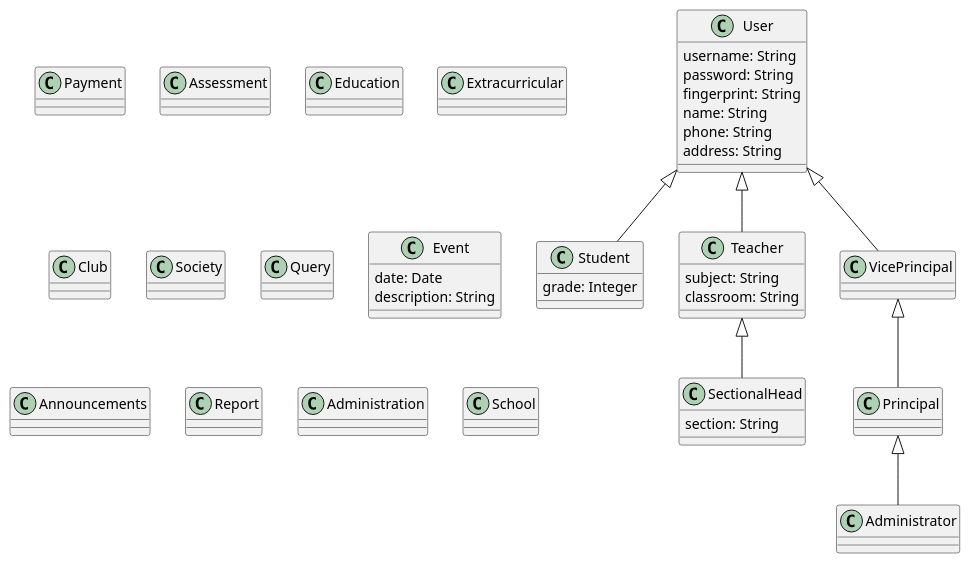
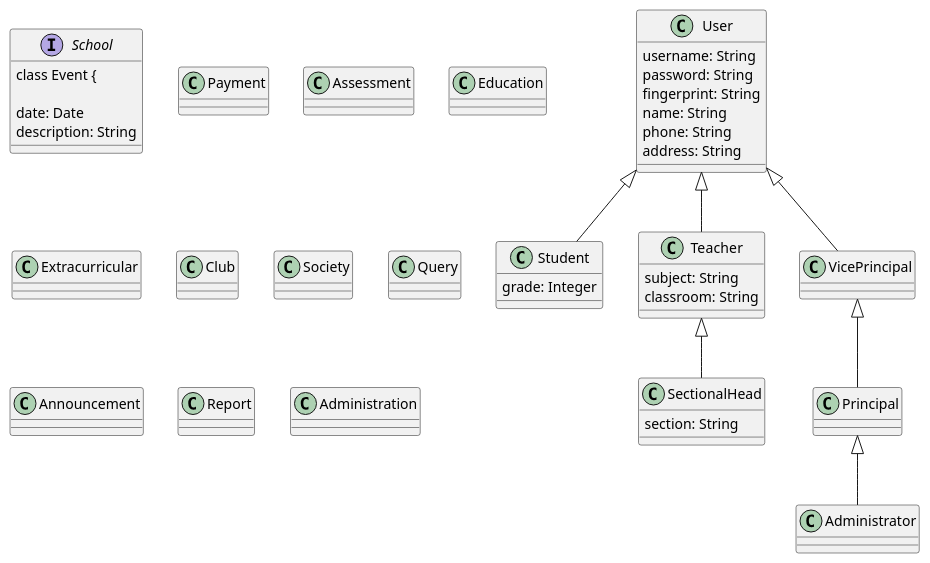
One commit to AdithyaSean/School-Management-System changed the diagram in School Management System Class Diagram.puml. Above: the diagram before and after it, drawn with PlantUML. The commit also changed 1 other file, not shown here.

```diff
--- a/School Management System Class Diagram.puml
+++ b/School Management System Class Diagram.puml
@@ -1,83 +1,84 @@
 @startuml School Management System
+
+User <|-- Student
+User <|-- Teacher
+User <|-- VicePrincipal
+Teacher <|-- SectionalHead
+VicePrincipal <|-- Principal
+Principal <|-- Administrator
 
 class User {
 
   username: String
   password: String
   fingerprint: String
   name: String
   phone: String
   address: String
 }
 
 class Student {
 
   grade: Integer
 }
 
 class Teacher {
 
   subject: String
   classroom: String
 }
 
 class SectionalHead {
   section: String
 }
 
 class VicePrincipal {
 }
 
 class Principal {
 }
 
 class Administrator {
 }
 
-class Payment {
+
+
+interface School {
+  class Event {
+
+    date: Date
+    description: String
+  }
+
+  class Payment {
+  }
+
+  class Assessment {
+  }
+
+  class Education {
+  }
+
+  class Extracurricular {
+  }
+
+  class Club {
+  }
+
+  class Society {
+  }
+
+  class Query {
+  }
+
+  class Announcement {
+  }
+
+  class Report {
+  }
+
+  class Administration {
+  }
 }
 
-class Assessment {
-}
-
-class Education {
-}
-
-class Extracurricular {
-}
-
-class Club {
-}
-
-class Society {
-}
-
-class Query {
-}
-
-class Event {
-
-  date: Date
-  description: String
-}
-
-class Announcements {
-}
-
-class Report {
-}
-
-class Administration {
-}
-
-class School {
-}
-
-User <|-- Student
-User <|-- Teacher
-User <|-- VicePrincipal
-Teacher <|-- SectionalHead
-VicePrincipal <|-- Principal
-Principal <|-- Administrator
-
 @enduml
```
